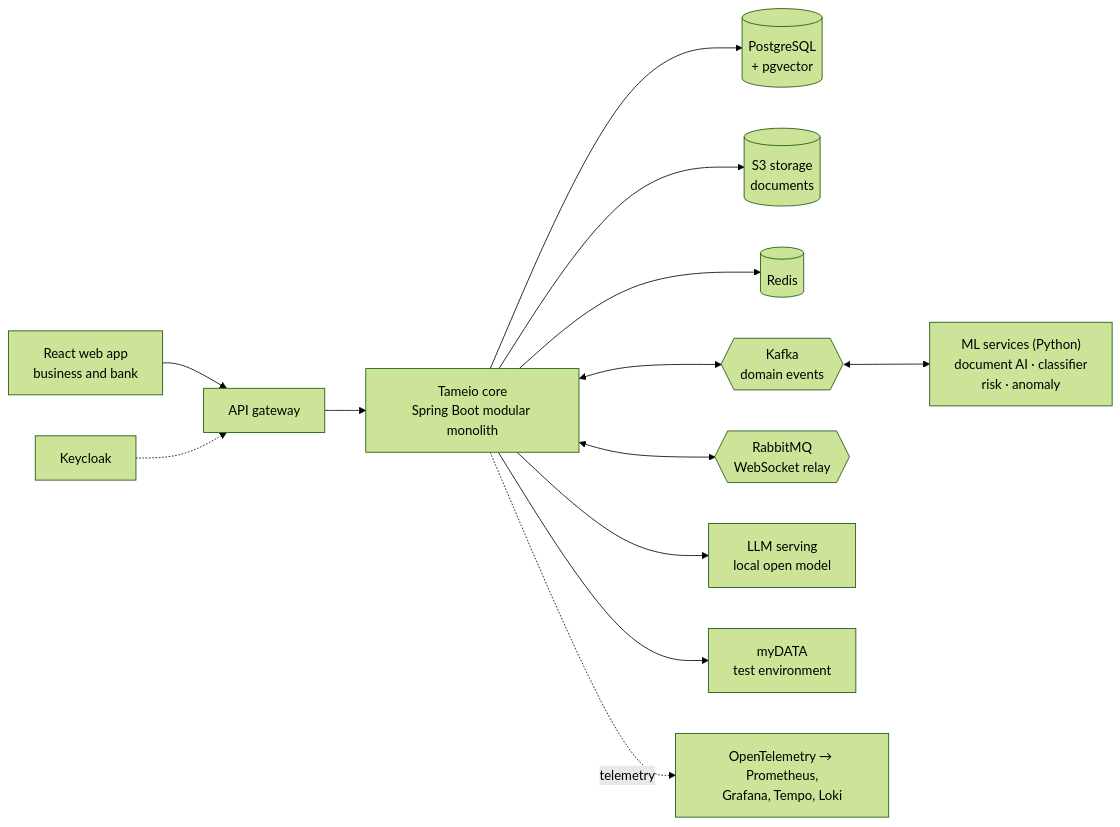
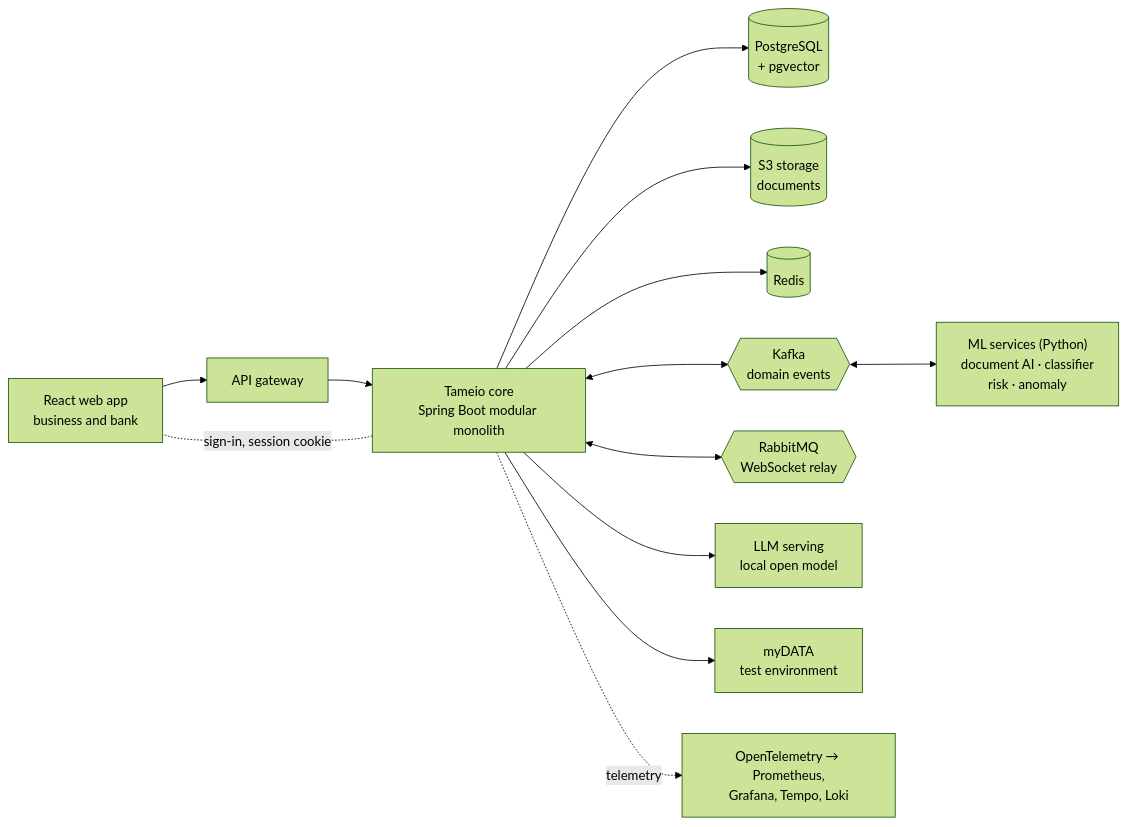
Before and after one commit to edisban/Tameio: the diagram in docs/design.md, drawn with Mermaid (forest theme). The commit also changed other lines of this file and 69 other files, not shown here.

````diff
--- a/docs/design.md
+++ b/docs/design.md
@@ -81,15 +81,15 @@
 ```mermaid
 flowchart LR
     W["React web app<br/>business and bank"] --> GW["API gateway"]
     GW --> APP["Tameio core<br/>Spring Boot modular monolith"]
     APP --> PG[("PostgreSQL<br/>+ pgvector")]
     APP --> S3[("S3 storage<br/>documents")]
     APP --> R[("Redis")]
     APP <--> K{{"Kafka<br/>domain events"}}
     APP <--> MQ{{"RabbitMQ<br/>WebSocket relay"}}
     K <--> ML["ML services (Python)<br/>document AI · classifier<br/>risk · anomaly"]
     APP --> LLM["LLM serving<br/>local open model"]
     APP --> AADE["myDATA<br/>test environment"]
-    KC["Keycloak"] -.-> GW
+    APP -. "sign-in, session cookie" .- W
     APP -. telemetry .-> OBS["OpenTelemetry → Prometheus,<br/>Grafana, Tempo, Loki"]
 ```
````
